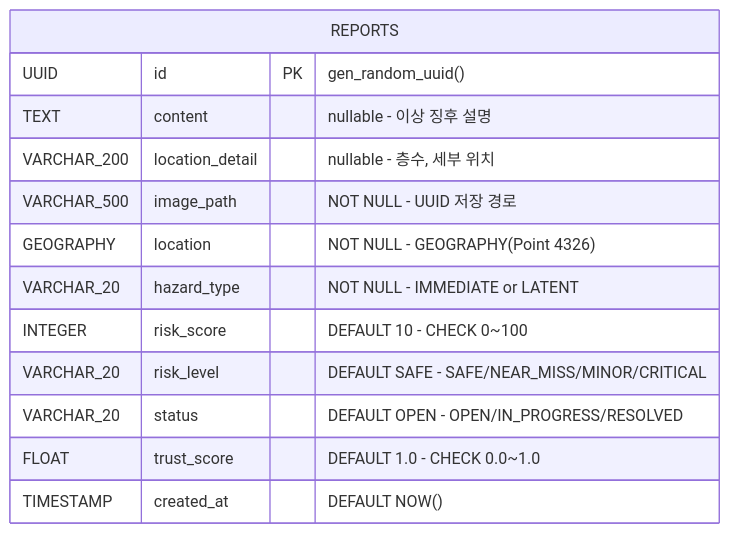
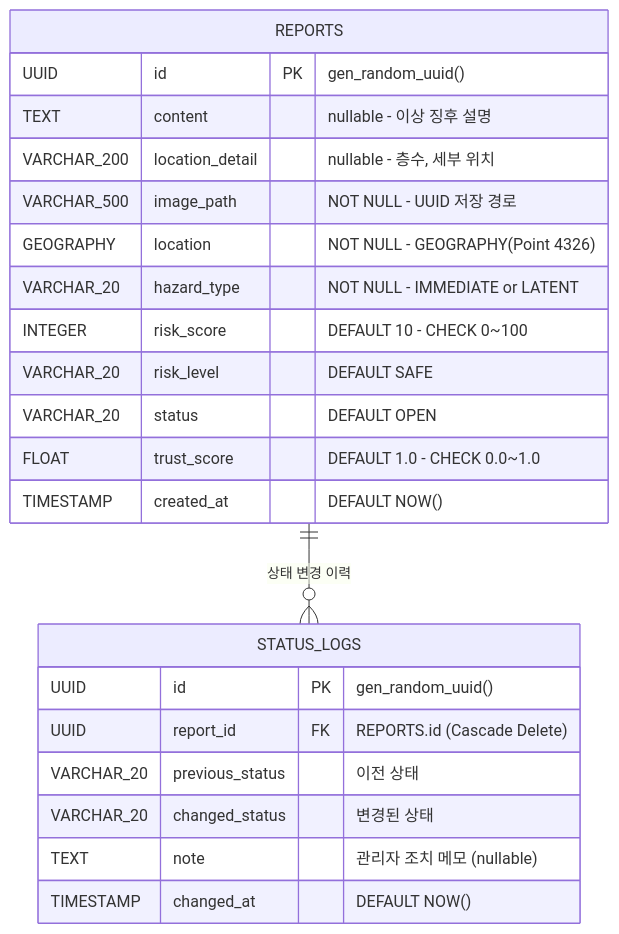
One commit to Heinrich-Safety-Platform/heinrich-backend changed the diagram in docs/ERD.md. Above: the diagram before and after it, drawn with Mermaid. The commit also changed other lines of this file and 2 other files, not shown here.

Commit message:
docs: 상태 감사 추적(1:N) 테이블 반영 및 UML 클래스 다이어그램 동기화 완료 #2

````diff
--- a/docs/ERD.md
+++ b/docs/ERD.md
@@ -5,16 +5,27 @@
 ```mermaid
 erDiagram
+    REPORTS ||--o{ STATUS_LOGS : "상태 변경 이력"
+
     REPORTS {
         UUID id PK "gen_random_uuid()"
         TEXT content "nullable - 이상 징후 설명"
         VARCHAR_200 location_detail "nullable - 층수, 세부 위치"
         VARCHAR_500 image_path "NOT NULL - UUID 저장 경로"
         GEOGRAPHY location "NOT NULL - GEOGRAPHY(Point 4326)"
         VARCHAR_20 hazard_type "NOT NULL - IMMEDIATE or LATENT"
         INTEGER risk_score "DEFAULT 10 - CHECK 0~100"
-        VARCHAR_20 risk_level "DEFAULT SAFE - SAFE/NEAR_MISS/MINOR/CRITICAL"
-        VARCHAR_20 status "DEFAULT OPEN - OPEN/IN_PROGRESS/RESOLVED"
+        VARCHAR_20 risk_level "DEFAULT SAFE"
+        VARCHAR_20 status "DEFAULT OPEN"
         FLOAT trust_score "DEFAULT 1.0 - CHECK 0.0~1.0"
         TIMESTAMP created_at "DEFAULT NOW()"
     }
+
+    STATUS_LOGS {
+        UUID id PK "gen_random_uuid()"
+        UUID report_id FK "REPORTS.id (Cascade Delete)"
+        VARCHAR_20 previous_status "이전 상태"
+        VARCHAR_20 changed_status "변경된 상태"
+        TEXT note "관리자 조치 메모 (nullable)"
+        TIMESTAMP changed_at "DEFAULT NOW()"
+    }
 ```
````
